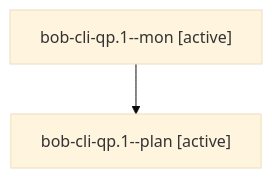
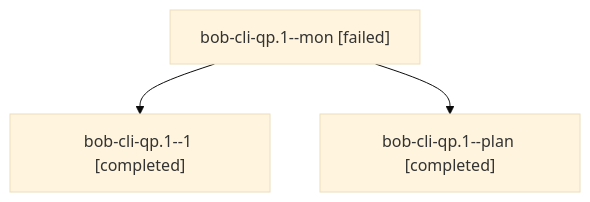
The diagram in sessions/bbugyi200.apollo.bob-cli-qp.1.md (bobs-org/bob-cli--agents), drawn with Mermaid (base theme) before and after one commit. The commit also changed other lines of this file and 34 other files, not shown here.

````diff
--- a/sessions/bbugyi200.apollo.bob-cli-qp.1.md
+++ b/sessions/bbugyi200.apollo.bob-cli-qp.1.md
@@ -9,6 +9,8 @@
 ```mermaid
 flowchart TD
-  n0["bob-cli-qp.1--mon [active]"]
-  n1["bob-cli-qp.1--plan [active]"]
+  n0["bob-cli-qp.1--mon [failed]"]
+  n1["bob-cli-qp.1--1 [completed]"]
   n0 --> n1
+  n2["bob-cli-qp.1--plan [completed]"]
+  n0 --> n2
 ```
````
